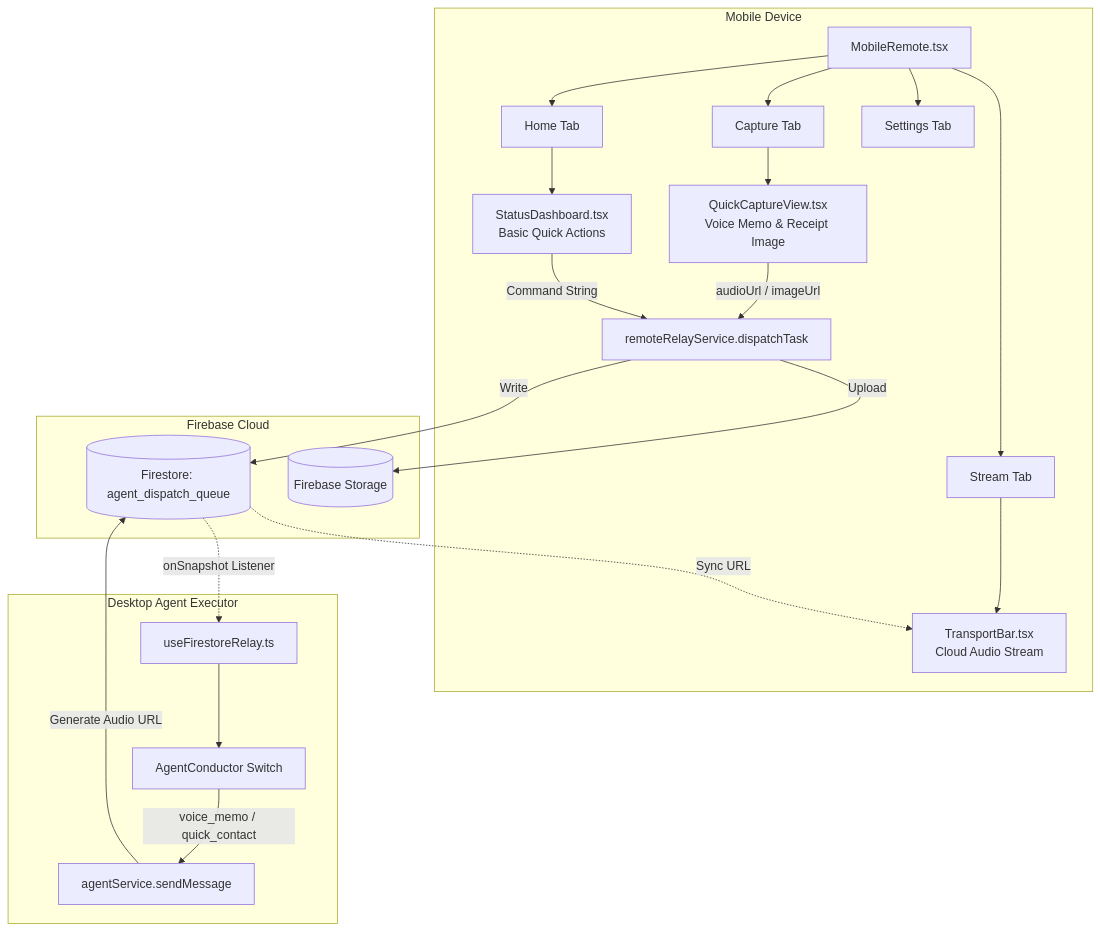
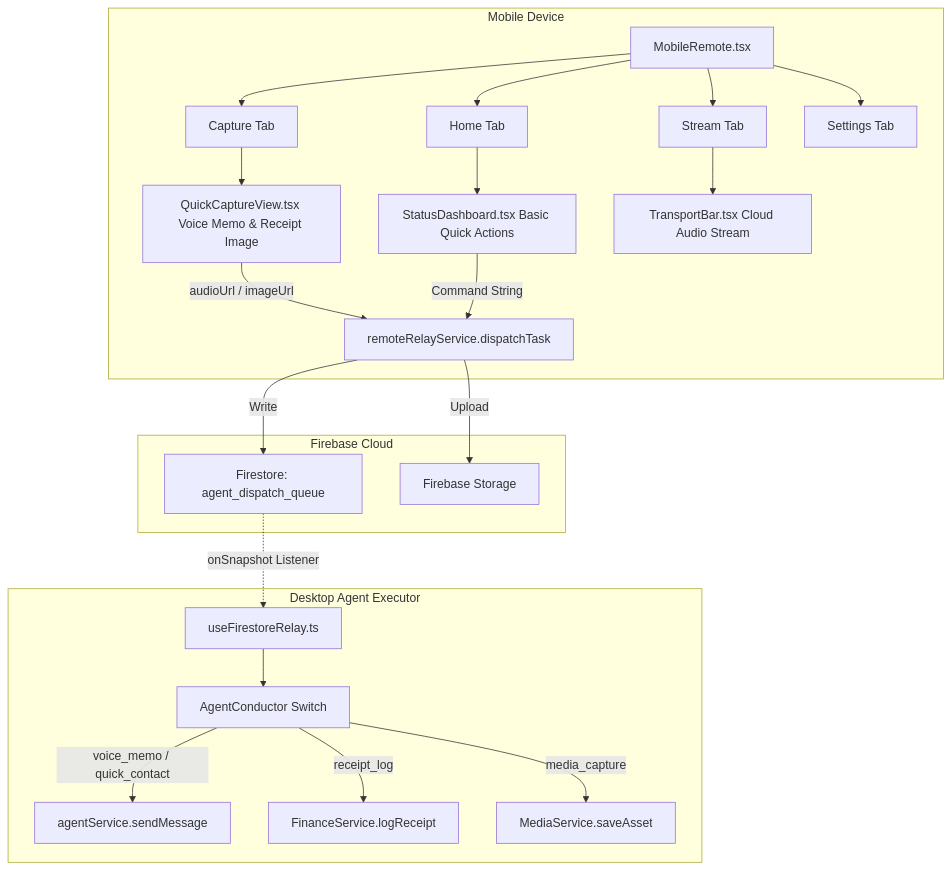
The diagram in docs/flowcharts/mobile-remote-ui.md (indii-music-founder/indii-music-founder), drawn with Mermaid before and after one commit. The commit also changed other lines of this file and 4 other files, not shown here.

Commit message:
feat(mobile-remote): add general video and photo capture to remote relay

````diff
--- a/docs/flowcharts/mobile-remote-ui.md
+++ b/docs/flowcharts/mobile-remote-ui.md
@@ -5,30 +5,30 @@
 ```mermaid
 flowchart TD
     subgraph Mobile Device
-        MR[MobileRemote.tsx]
-        MR --> T_Home[Home Tab]
-        MR --> T_Cap[Capture Tab]
-        MR --> T_Stream[Stream Tab]
-        MR --> T_Set[Settings Tab]
+        MR["MobileRemote.tsx"]
+        MR --> T_Home["Home Tab"]
+        MR --> T_Cap["Capture Tab"]
+        MR --> T_Stream["Stream Tab"]
+        MR --> T_Set["Settings Tab"]
         
-        T_Home --> DB[StatusDashboard.tsx<br/>Basic Quick Actions]
-        T_Cap --> QC[QuickCaptureView.tsx<br/>Voice Memo & Receipt Image]
-        T_Stream --> TB[TransportBar.tsx<br/>Cloud Audio Stream]
+        T_Home --> DB["StatusDashboard.tsx Basic Quick Actions"]
+        T_Cap --> QC["QuickCaptureView.tsx Voice Memo & Receipt Image"]
+        T_Stream --> TB["TransportBar.tsx Cloud Audio Stream"]
         
-        QC -->|audioUrl / imageUrl| DP[remoteRelayService.dispatchTask]
+        QC -->|audioUrl / imageUrl| DP["remoteRelayService.dispatchTask"]
         DB -->|Command String| DP
     end
 
     subgraph Firebase Cloud
-        DP -->|Write| FS[(Firestore: agent_dispatch_queue)]
-        DP -->|Upload| ST[(Firebase Storage)]
+        DP -->|Write| FS["Firestore: agent_dispatch_queue"]
+        DP -->|Upload| ST["Firebase Storage"]
     end
 
     subgraph Desktop Agent Executor
-        FS -.->|onSnapshot Listener| EL[useFirestoreRelay.ts]
-        EL --> AC[AgentConductor Switch]
-        AC -->|voice_memo / quick_contact| AI[agentService.sendMessage]
-        AI -->|Generate Audio URL| FS
-        FS -.->|Sync URL| TB
+        FS -.->|onSnapshot Listener| EL["useFirestoreRelay.ts"]
+        EL --> AC["AgentConductor Switch"]
+        AC -->|voice_memo / quick_contact| AI["agentService.sendMessage"]
+        AC -->|receipt_log| FI["FinanceService.logReceipt"]
+        AC -->|media_capture| MS["MediaService.saveAsset"]
     end
 ```
````
